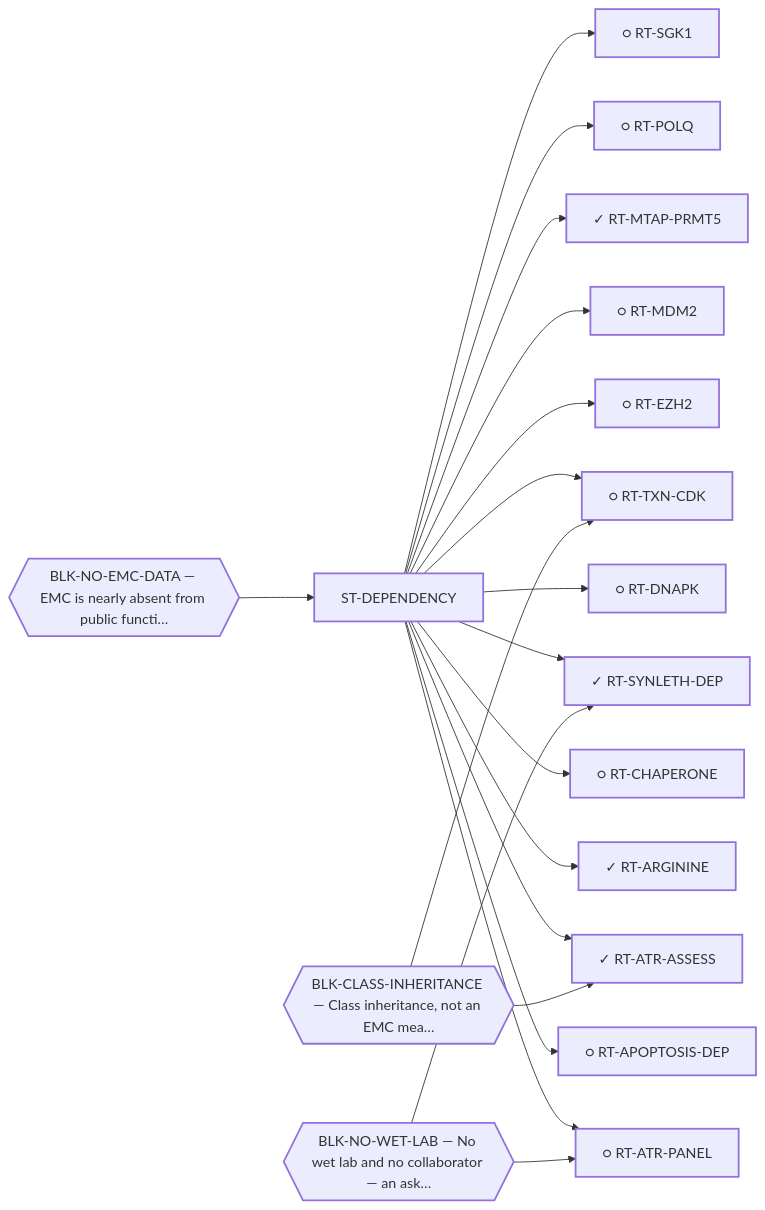
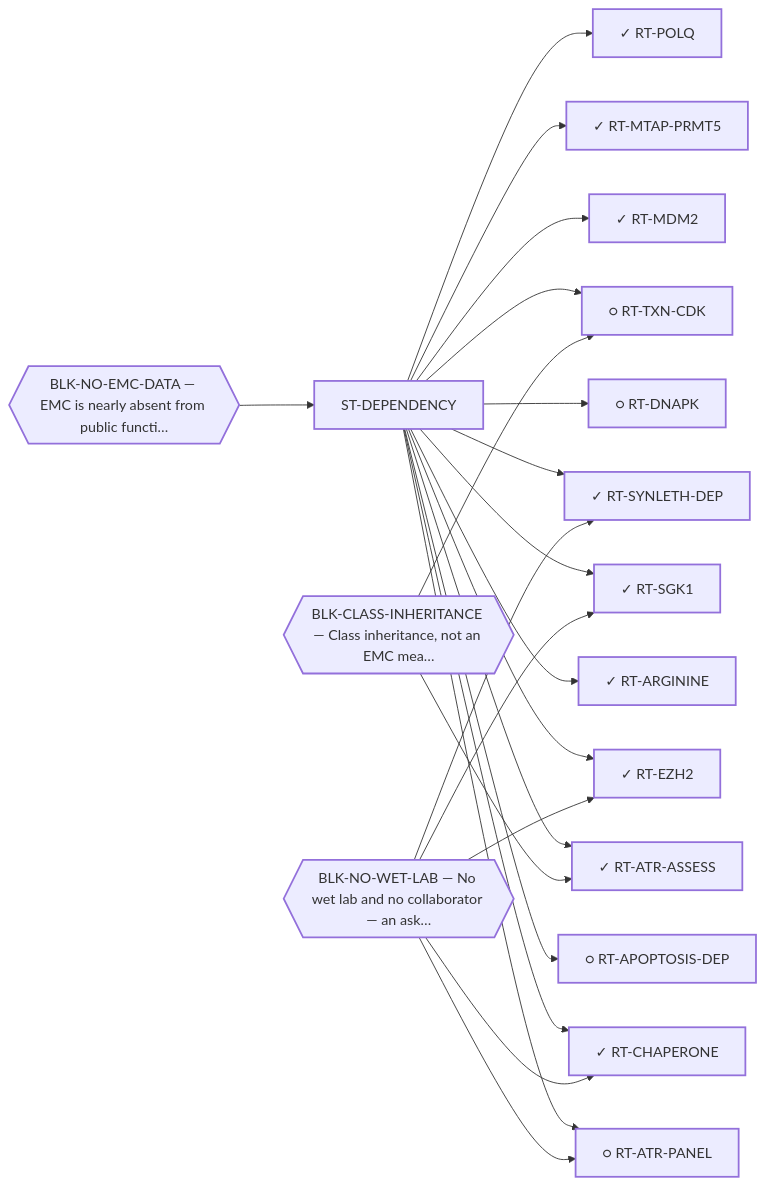
Before and after one commit to trimcrae/Rare-cancers: the diagram in systems/views/L1-st-dependency.md, drawn with Mermaid. The commit also changed other lines of this file and 13 other files, not shown here.

````diff
--- a/systems/views/L1-st-dependency.md
+++ b/systems/views/L1-st-dependency.md
@@ -35,43 +35,46 @@
 ```mermaid
 flowchart LR
   ST_DEPENDENCY["ST-DEPENDENCY"]:::fam
   RT_APOPTOSIS_DEP["○ RT-APOPTOSIS-DEP"]:::fam
   ST_DEPENDENCY --> RT_APOPTOSIS_DEP
   RT_ARGININE["✓ RT-ARGININE"]:::fam
   ST_DEPENDENCY --> RT_ARGININE
   RT_ATR_ASSESS["✓ RT-ATR-ASSESS"]:::fam
   ST_DEPENDENCY --> RT_ATR_ASSESS
   RT_ATR_PANEL["○ RT-ATR-PANEL"]:::fam
   ST_DEPENDENCY --> RT_ATR_PANEL
-  RT_CHAPERONE["○ RT-CHAPERONE"]:::fam
+  RT_CHAPERONE["✓ RT-CHAPERONE"]:::fam
   ST_DEPENDENCY --> RT_CHAPERONE
   RT_DNAPK["○ RT-DNAPK"]:::fam
   ST_DEPENDENCY --> RT_DNAPK
-  RT_EZH2["○ RT-EZH2"]:::fam
+  RT_EZH2["✓ RT-EZH2"]:::fam
   ST_DEPENDENCY --> RT_EZH2
-  RT_MDM2["○ RT-MDM2"]:::fam
+  RT_MDM2["✓ RT-MDM2"]:::fam
   ST_DEPENDENCY --> RT_MDM2
   RT_MTAP_PRMT5["✓ RT-MTAP-PRMT5"]:::fam
   ST_DEPENDENCY --> RT_MTAP_PRMT5
-  RT_POLQ["○ RT-POLQ"]:::fam
+  RT_POLQ["✓ RT-POLQ"]:::fam
   ST_DEPENDENCY --> RT_POLQ
-  RT_SGK1["○ RT-SGK1"]:::fam
+  RT_SGK1["✓ RT-SGK1"]:::fam
   ST_DEPENDENCY --> RT_SGK1
   RT_SYNLETH_DEP["✓ RT-SYNLETH-DEP"]:::fam
   ST_DEPENDENCY --> RT_SYNLETH_DEP
   RT_TXN_CDK["○ RT-TXN-CDK"]:::fam
   ST_DEPENDENCY --> RT_TXN_CDK
 
   BLK_NO_EMC_DATA{{"BLK-NO-EMC-DATA — EMC is nearly absent from public functi…"}}:::blk
   BLK_NO_EMC_DATA --> ST_DEPENDENCY
   BLK_CLASS_INHERITANCE{{"BLK-CLASS-INHERITANCE — Class inheritance, not an EMC mea…"}}:::blk
   BLK_CLASS_INHERITANCE --> RT_ATR_ASSESS
   BLK_CLASS_INHERITANCE --> RT_TXN_CDK
   BLK_NO_WET_LAB{{"BLK-NO-WET-LAB — No wet lab and no collaborator — an ask…"}}:::blk
   BLK_NO_WET_LAB --> RT_ATR_PANEL
+  BLK_NO_WET_LAB --> RT_CHAPERONE
+  BLK_NO_WET_LAB --> RT_EZH2
+  BLK_NO_WET_LAB --> RT_SGK1
   BLK_NO_WET_LAB --> RT_SYNLETH_DEP
   classDef fam stroke-width:2px;
   classDef blk stroke-width:2px;
   classDef perm stroke-width:4px;
   classDef tech stroke-width:1px,stroke-dasharray:4 3;
 ```
````
